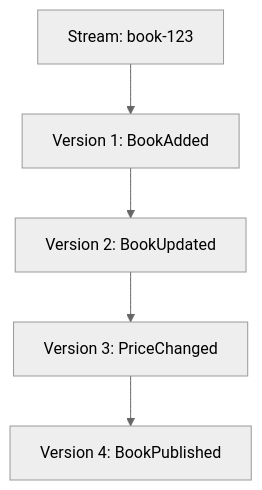
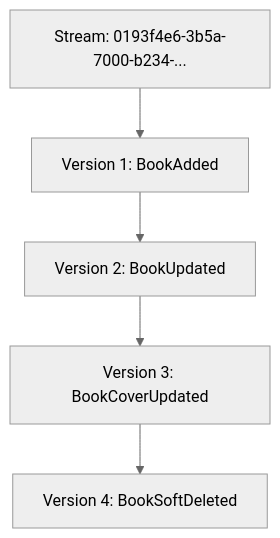
One commit to aalmada/BookStore changed the first of 2 diagrams in docs/guides/event-sourcing-guide.md. Above: the diagram before and after it, drawn with Mermaid (neutral theme). The commit also changed other lines of this file, not shown here.

````diff
--- a/docs/guides/event-sourcing-guide.md
+++ b/docs/guides/event-sourcing-guide.md
@@ -90,13 +92,13 @@
 ```mermaid
 graph TD
-    Stream[Stream: book-123]
+    Stream["Stream: 0193f4e6-3b5a-7000-b234-..."]
     V1[Version 1: BookAdded]
     V2[Version 2: BookUpdated]
-    V3[Version 3: PriceChanged]
-    V4[Version 4: BookPublished]
+    V3[Version 3: BookCoverUpdated]
+    V4[Version 4: BookSoftDeleted]
     
     Stream --> V1
     V1 --> V2
     V2 --> V3
     V3 --> V4
 ```
````
